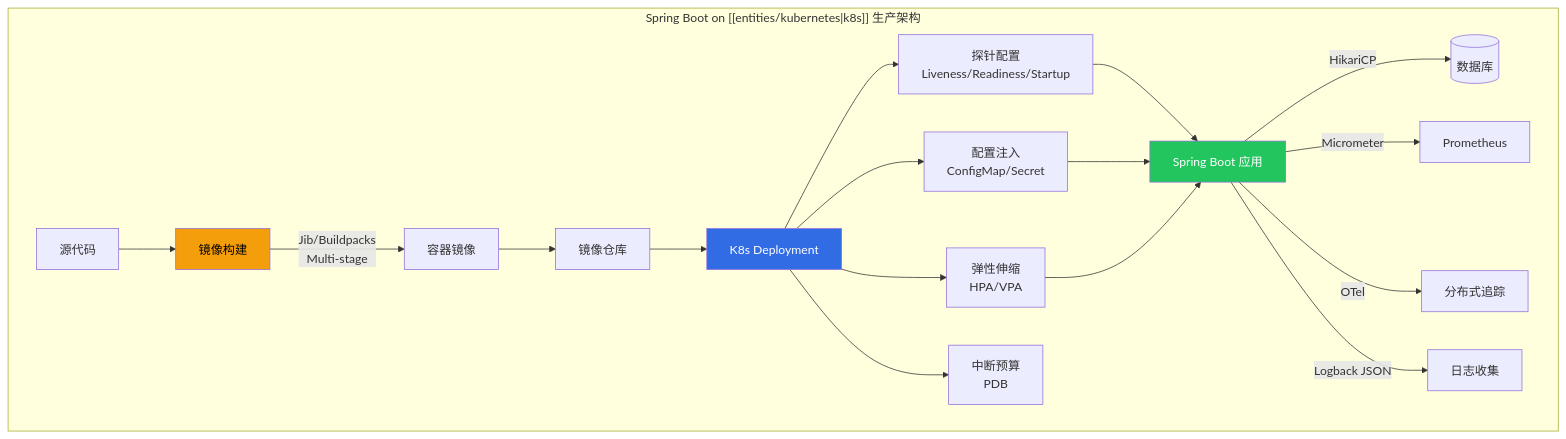
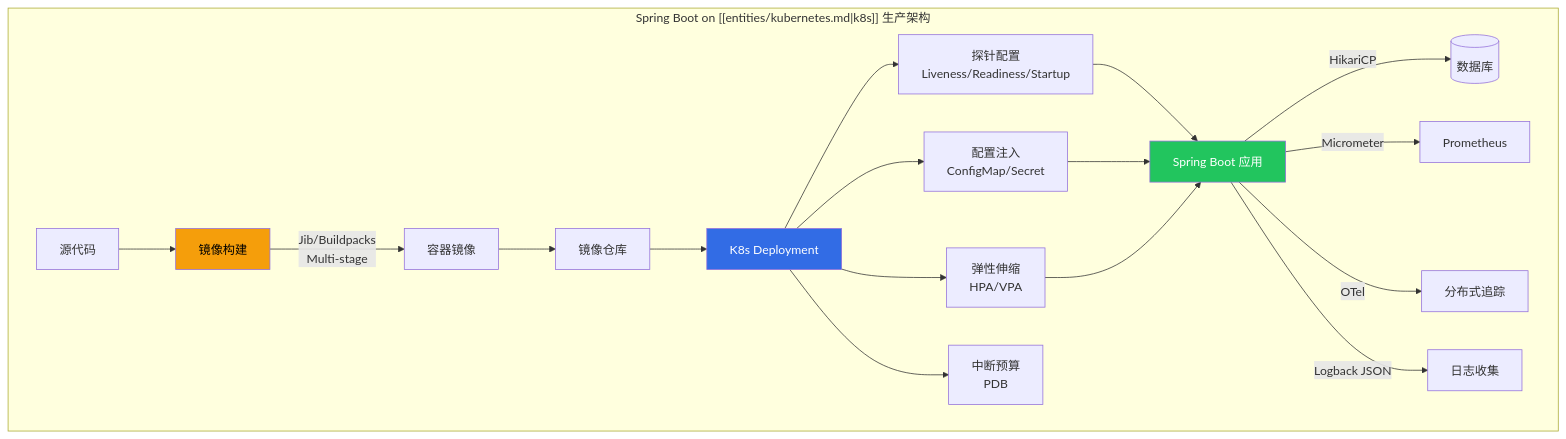
The first of 2 diagrams in domain-02-workloads-applications/02-spring-boot-kubernetes-production.md (kudig-io/kudig-database), drawn with Mermaid before and after one commit. The commit also changed other lines of this file and 4223 other files, not shown here.

````diff
--- a/domain-02-workloads-applications/02-spring-boot-kubernetes-production.md
+++ b/domain-02-workloads-applications/02-spring-boot-kubernetes-production.md
@@ -58,27 +58,27 @@
 ```mermaid
 graph TB
-    subgraph "Spring Boot on [[entities/kubernetes|k8s]] 生产架构"
+    subgraph "Spring Boot on [[entities/kubernetes.md|k8s]] 生产架构"
         SRC[源代码] --> BUILD[镜像构建]
         BUILD --> |Jib/Buildpacks<br/>Multi-stage| IMG[容器镜像]
         IMG --> REG[镜像仓库]
         REG --> DEPLOY[K8s Deployment]
         
         DEPLOY --> PROBE[探针配置<br/>Liveness/Readiness/Startup]
         DEPLOY --> CONFIG[配置注入<br/>ConfigMap/Secret]
         DEPLOY --> HPA[弹性伸缩<br/>HPA/VPA]
         DEPLOY --> PDB[中断预算<br/>PDB]
         
         PROBE --> APP[Spring Boot 应用]
         CONFIG --> APP
         HPA --> APP
         
         APP --> |HikariCP| DB[(数据库)]
         APP --> |Micrometer| PROM[Prometheus]
         APP --> |OTel| TRACE[分布式追踪]
         APP --> |Logback JSON| LOG[日志收集]
     end
     
     style BUILD fill:#f59e0b,color:#000
     style APP fill:#22c55e,color:#fff
     style DEPLOY fill:#326ce5,color:#fff
 ```
````
